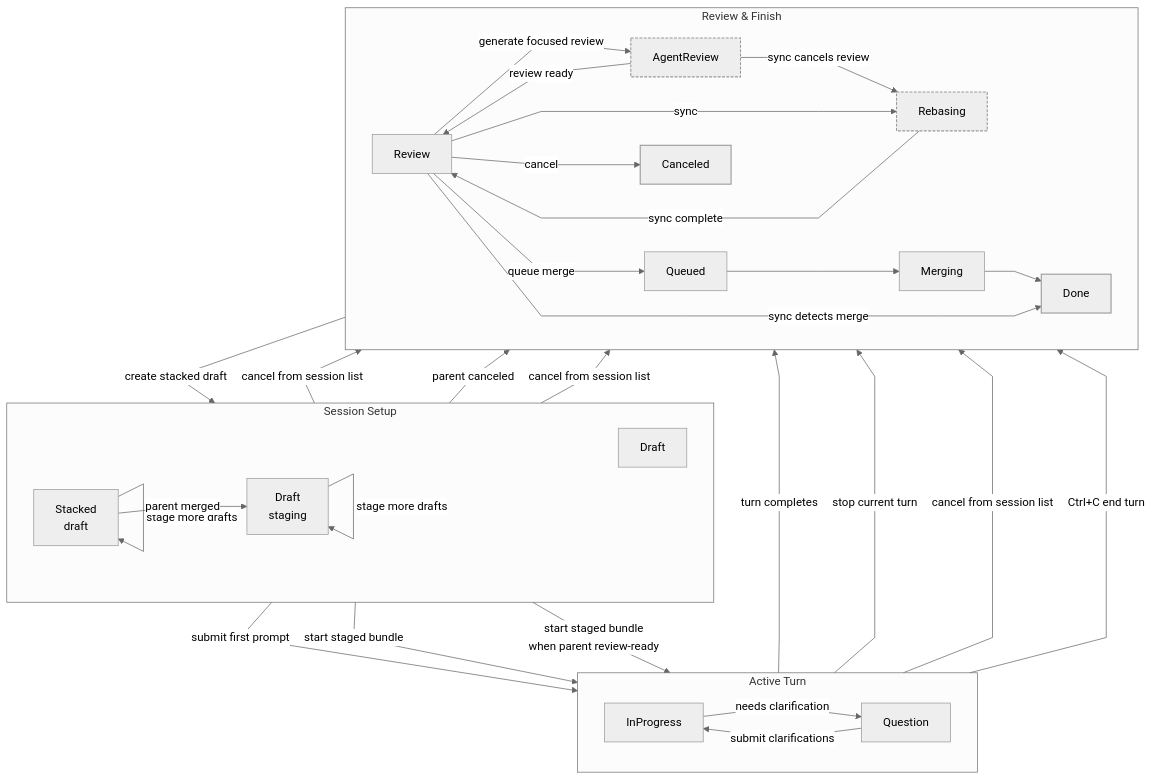
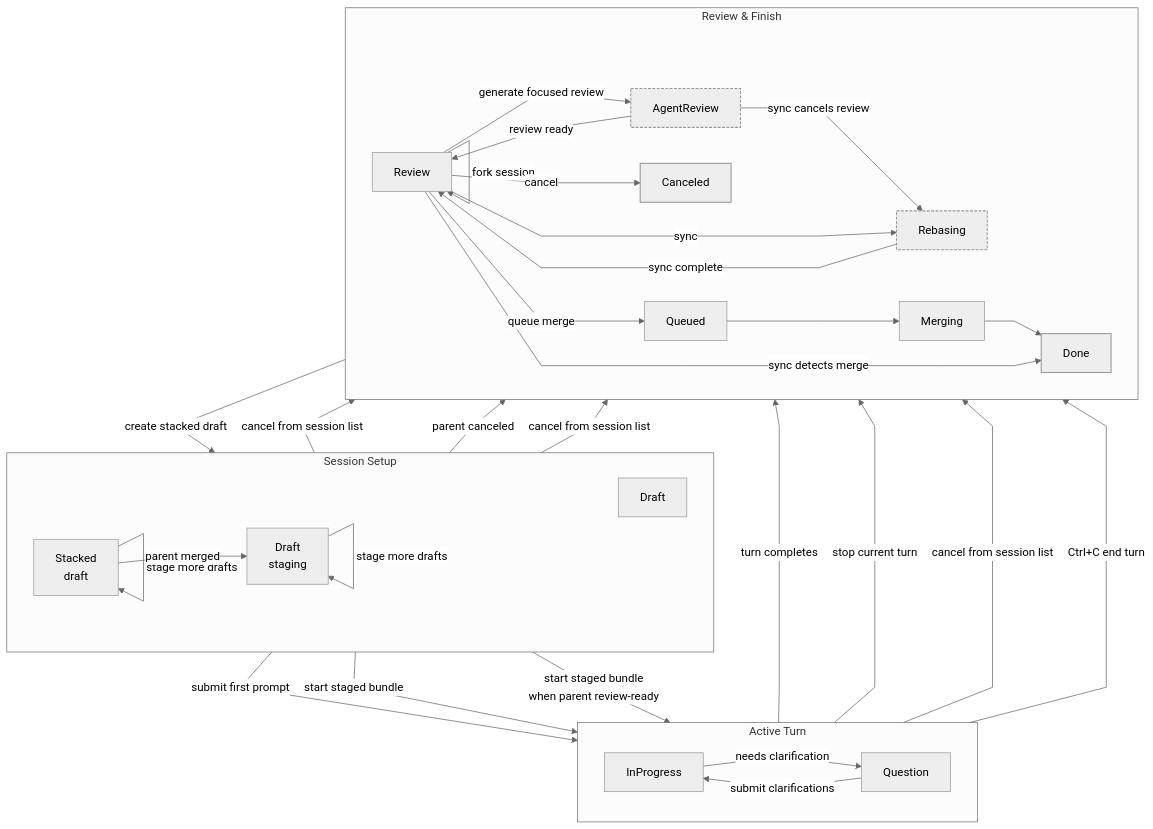
The diagram in docs/site/content/docs/usage/workflow.md (agentty-xyz/agentty), drawn with Mermaid (neutral theme) before and after one commit. The commit also changed other lines of this file and 18 other files, not shown here.

First line of the commit message:
Support review session forks

````diff
--- a/docs/site/content/docs/usage/workflow.md
+++ b/docs/site/content/docs/usage/workflow.md
@@ -79,62 +79,63 @@
 ```mermaid
 %%{init: { "flowchart": { "curve": "linear" } } }%%
 flowchart TB
   classDef auxiliary stroke-dasharray: 4 2,stroke-width: 1.5px;
   classDef terminal stroke-width: 1.5px;
 
   subgraph start["Session Setup"]
     direction LR
     new_regular["Draft"]
     new_draft["Draft<br/>staging"]
     stacked_draft["Stacked<br/>draft"]
   end
 
   subgraph active["Active Turn"]
     direction LR
     in_progress["InProgress"]
     question["Question"]
   end
 
   subgraph finish["Review & Finish"]
     direction LR
     review["Review"]
     agent_review["AgentReview"]
     rebasing["Rebasing"]
     queued["Queued"]
     merging["Merging"]
     done["Done"]
     canceled["Canceled"]
   end
 
   new_regular -->|submit first prompt| in_progress
   new_draft -->|stage more drafts| new_draft
   new_draft -->|start staged bundle| in_progress
   new_draft -->|cancel from session list| canceled
   stacked_draft -->|stage more drafts| stacked_draft
   stacked_draft -->|start staged bundle<br/>when parent review-ready| in_progress
   stacked_draft -->|parent merged| new_draft
   stacked_draft -->|parent canceled| canceled
   stacked_draft -->|cancel from session list| canceled
 
   in_progress -->|turn completes| review
   in_progress -->|needs clarification| question
   in_progress -->|stop current turn| review
   in_progress -->|cancel from session list| canceled
   question -->|submit clarifications| in_progress
   question -->|Ctrl+C end turn| review
 
   review -->|generate focused review| agent_review
   review -->|create stacked draft| stacked_draft
+  review -->|fork session| review
   agent_review -->|review ready| review
   agent_review -->|sync cancels review| rebasing
   review -->|sync| rebasing
   rebasing -->|sync complete| review
   review -->|queue merge| queued
   queued --> merging
   merging --> done
   review -->|cancel| canceled
   review -->|sync detects merge| done
 
   class agent_review,rebasing auxiliary
   class done,canceled terminal
 ```
````
